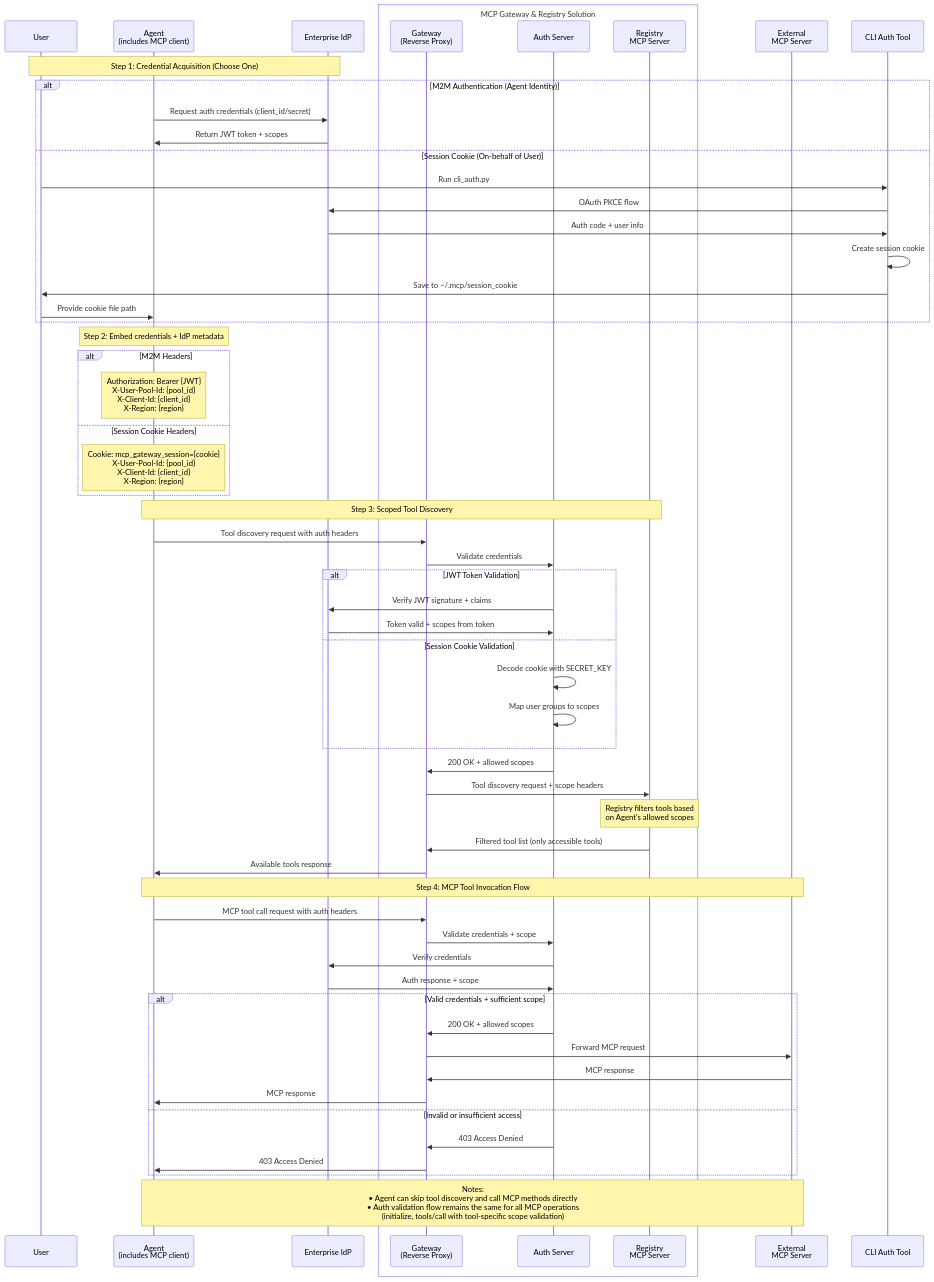
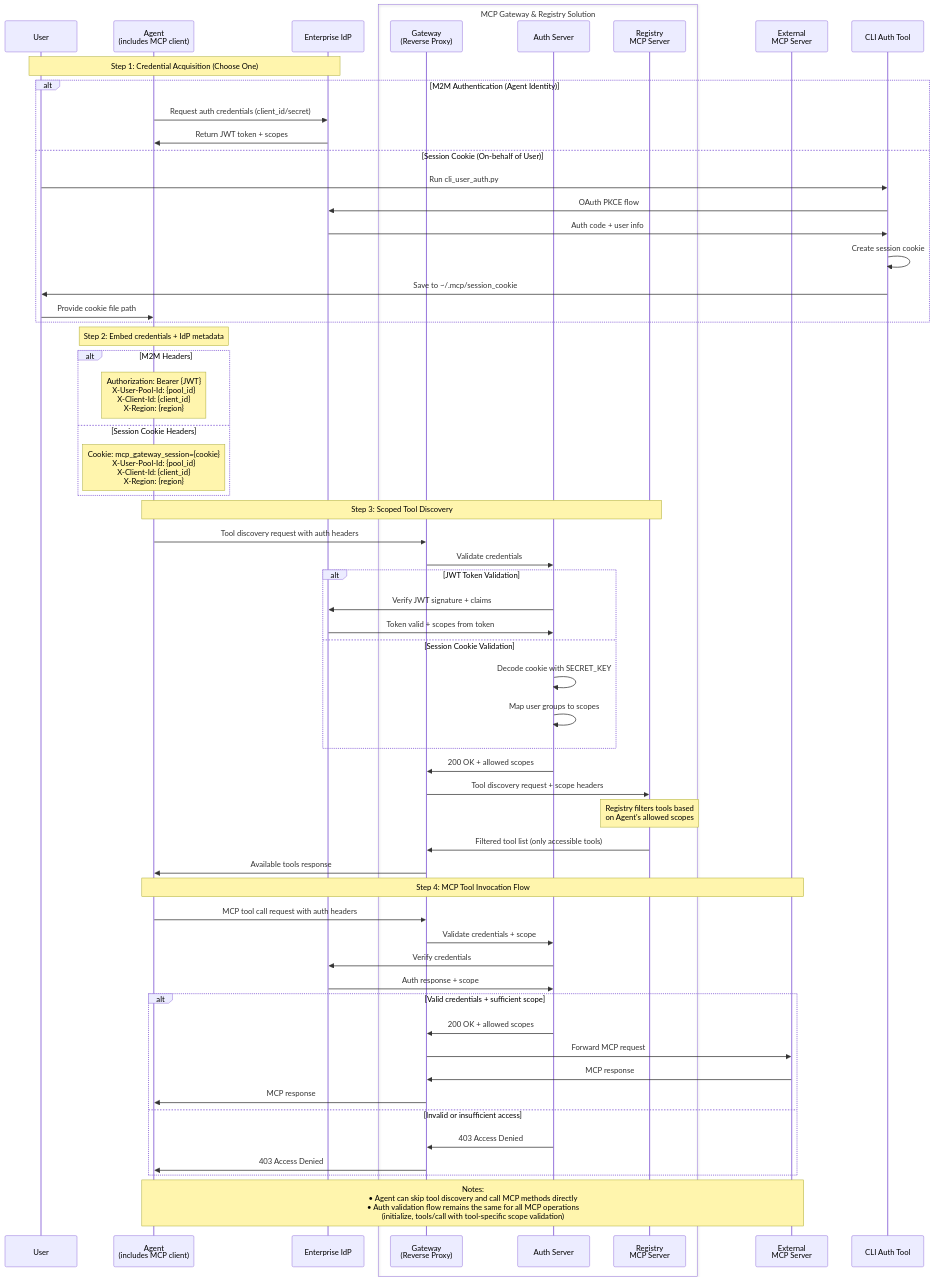
The second of 2 diagrams in docs/auth.md (ascending-llc/mcp-gateway-registry), drawn with Mermaid before and after one commit. The commit also changed other lines of this file and 3 other files, not shown here.

````diff
--- a/docs/auth.md
+++ b/docs/auth.md
@@ -126,75 +126,75 @@
 ```mermaid
 sequenceDiagram
     participant User
     participant Agent as Agent<br/>(includes MCP client)
     participant IdP as Enterprise IdP
     
     box rgba(0,0,0,0) MCP Gateway & Registry Solution
         participant Gateway as Gateway<br/>(Reverse Proxy)
         participant AuthServer as Auth Server
         participant Registry as Registry<br/>MCP Server
     end
     
     participant MCP as External<br/>MCP Server
 
     %% Step 1: Get credentials
     Note over User,IdP: Step 1: Credential Acquisition (Choose One)
     alt M2M Authentication (Agent Identity)
         Agent->>IdP: Request auth credentials (client_id/secret)
         IdP->>Agent: Return JWT token + scopes
     else Session Cookie (On-behalf of User)
         participant CLIAuth as CLI Auth Tool
-        User->>CLIAuth: Run cli_auth.py
+        User->>CLIAuth: Run cli_user_auth.py
         CLIAuth->>IdP: OAuth PKCE flow
         IdP->>CLIAuth: Auth code + user info
         CLIAuth->>CLIAuth: Create session cookie
         CLIAuth->>User: Save to ~/.mcp/session_cookie
         User->>Agent: Provide cookie file path
     end
 
     %% Step 2: Embed credentials in headers
     Note over Agent: Step 2: Embed credentials + IdP metadata
     alt M2M Headers
         Note over Agent: Authorization: Bearer {JWT}<br/>X-User-Pool-Id: {pool_id}<br/>X-Client-Id: {client_id}<br/>X-Region: {region}
     else Session Cookie Headers
         Note over Agent: Cookie: mcp_gateway_session={cookie}<br/>X-User-Pool-Id: {pool_id}<br/>X-Client-Id: {client_id}<br/>X-Region: {region}
     end
 
     %% Step 3: Tool Discovery with scoped access
     Note over Agent,Registry: Step 3: Scoped Tool Discovery
     Agent->>Gateway: Tool discovery request with auth headers
     Gateway->>AuthServer: Validate credentials
     alt JWT Token Validation
         AuthServer->>IdP: Verify JWT signature + claims
         IdP->>AuthServer: Token valid + scopes from token
     else Session Cookie Validation
         AuthServer->>AuthServer: Decode cookie with SECRET_KEY
         AuthServer->>AuthServer: Map user groups to scopes
     end
     AuthServer->>Gateway: 200 OK + allowed scopes
     Gateway->>Registry: Tool discovery request + scope headers
     
     Note over Registry: Registry filters tools based<br/>on Agent's allowed scopes
     Registry->>Gateway: Filtered tool list (only accessible tools)
     Gateway->>Agent: Available tools response
 
     %% Step 4: MCP Tool Invocation to External Server
     Note over Agent,MCP: Step 4: MCP Tool Invocation Flow
     Agent->>Gateway: MCP tool call request with auth headers
     Gateway->>AuthServer: Validate credentials + scope
     AuthServer->>IdP: Verify credentials
     IdP->>AuthServer: Auth response + scope
     
     alt Valid credentials + sufficient scope
         AuthServer->>Gateway: 200 OK + allowed scopes
         Gateway->>MCP: Forward MCP request
         MCP->>Gateway: MCP response
         Gateway->>Agent: MCP response
     else Invalid or insufficient access
         AuthServer->>Gateway: 403 Access Denied
         Gateway->>Agent: 403 Access Denied
     end
 
     %% Footnotes
     Note over Agent,MCP: Notes:<br/>• Agent can skip tool discovery and call MCP methods directly<br/>• Auth validation flow remains the same for all MCP operations<br/>  (initialize, tools/call with tool-specific scope validation)
 ```
````
